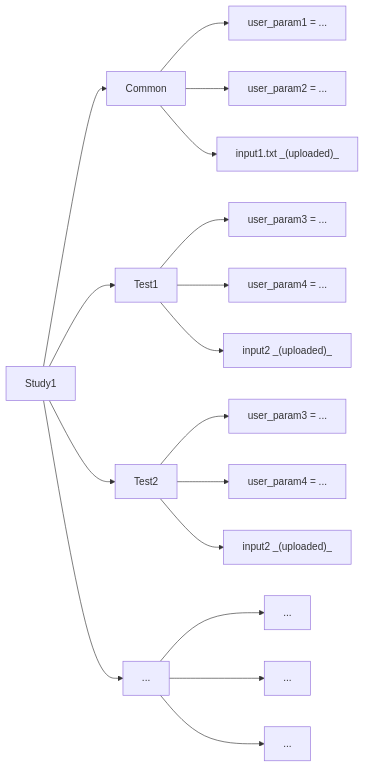
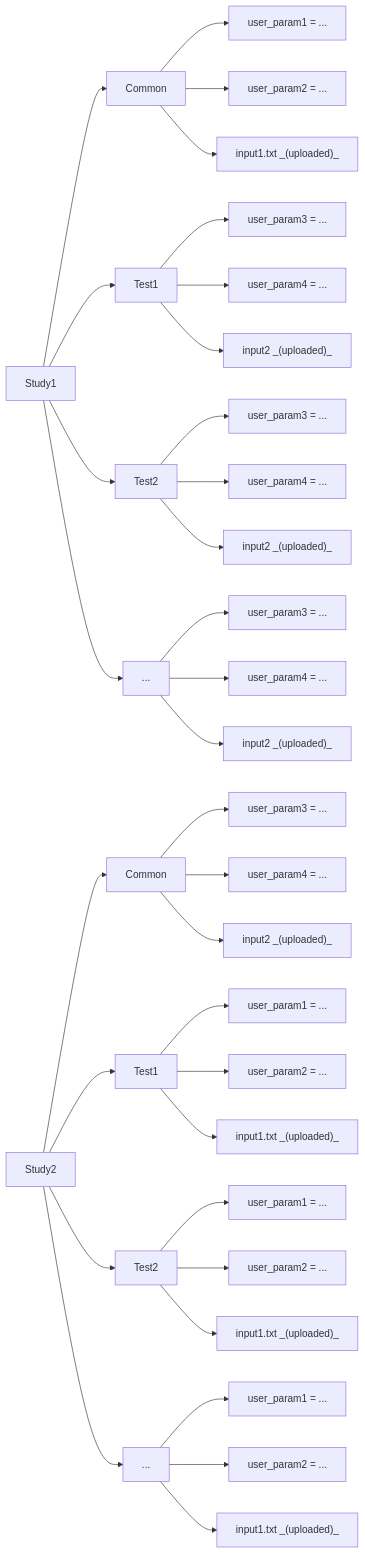
Diagram 16 of 16 in README.md (nuremics/nuremics), drawn with Mermaid before and after one commit. The commit also changed other lines of this file, not shown here.

````diff
--- a/README.md
+++ b/README.md
@@ -492,24 +492,44 @@
 ```mermaid
 flowchart LR
+    Study1 --> Study1_Common["Common"]
+    Study1 --> Study1_Test1["Test1"]
+    Study1 --> Study1_Test2["Test2"]
+    Study1 --> Study1_Test3["..."]
+    
+    Study1_Common --> common_param1["user_param1 = ..."]
+    Study1_Common --> common_param2["user_param2 = ..."]
+    Study1_Common --> common_input1["input1.txt _(uploaded)_"]
 
-    Study1 --> Common
-    Study1 --> Test1
-    Study1 --> Test2
-    Study1 --> Test3["..."]
+    Study1_Test1 --> test1_param3["user_param3 = ..."]
+    Study1_Test1 --> test1_param4["user_param4 = ..."]
+    Study1_Test1 --> test1_input2["input2 _(uploaded)_"]
+
+    Study1_Test2 --> test2_param3["user_param3 = ..."]
+    Study1_Test2 --> test2_param4["user_param4 = ..."]
+    Study1_Test2 --> test2_input2["input2 _(uploaded)_"]
+
+    Study1_Test3 --> test4_param3["user_param3 = ..."]
+    Study1_Test3 --> test4_param4["user_param4 = ..."]
+    Study1_Test3 --> test4_input2["input2 _(uploaded)_"]
+
+    Study2 --> Study2_Common["Common"]
+    Study2 --> Study2_Test1["Test1"]
+    Study2 --> Study2_Test2["Test2"]
+    Study2 --> Study2_Test3["..."]
     
-    Common --> user_param1["user_param1 = ..."]
-    Common --> user_param2["user_param2 = ..."]
-    Common --> common_input1["input1.txt _(uploaded)_"]
+    Study2_Common --> common_param3["user_param3 = ..."]
+    Study2_Common --> common_param4["user_param4 = ..."]
+    Study2_Common --> common_input2["input2 _(uploaded)_"]
 
-    Test1 --> test1_param3["user_param3 = ..."]
-    Test1 --> test1_param4["user_param4 = ..."]
-    Test1 --> test1_input2["input2 _(uploaded)_"]
+    Study2_Test1 --> test1_param1["user_param1 = ..."]
+    Study2_Test1 --> test1_param2["user_param2 = ..."]
+    Study2_Test1 --> test1_input1["input1.txt _(uploaded)_"]
 
-    Test2 --> test2_param3["user_param3 = ..."]
-    Test2 --> test2_param4["user_param4 = ..."]
-    Test2 --> test2_input2["input2 _(uploaded)_"]
+    Study2_Test2 --> test2_param1["user_param1 = ..."]
+    Study2_Test2 --> test2_param2["user_param2 = ..."]
+    Study2_Test2 --> test2_input1["input1.txt _(uploaded)_"]
 
-    Test3 --> test4_param3["..."]
-    Test3 --> test4_param4["..."]
-    Test3 --> test4_input2["..."]
+    Study2_Test3 --> test4_param1["user_param1 = ..."]
+    Study2_Test3 --> test4_param2["user_param2 = ..."]
+    Study2_Test3 --> test4_input1["input1.txt _(uploaded)_"]
 ```
````
